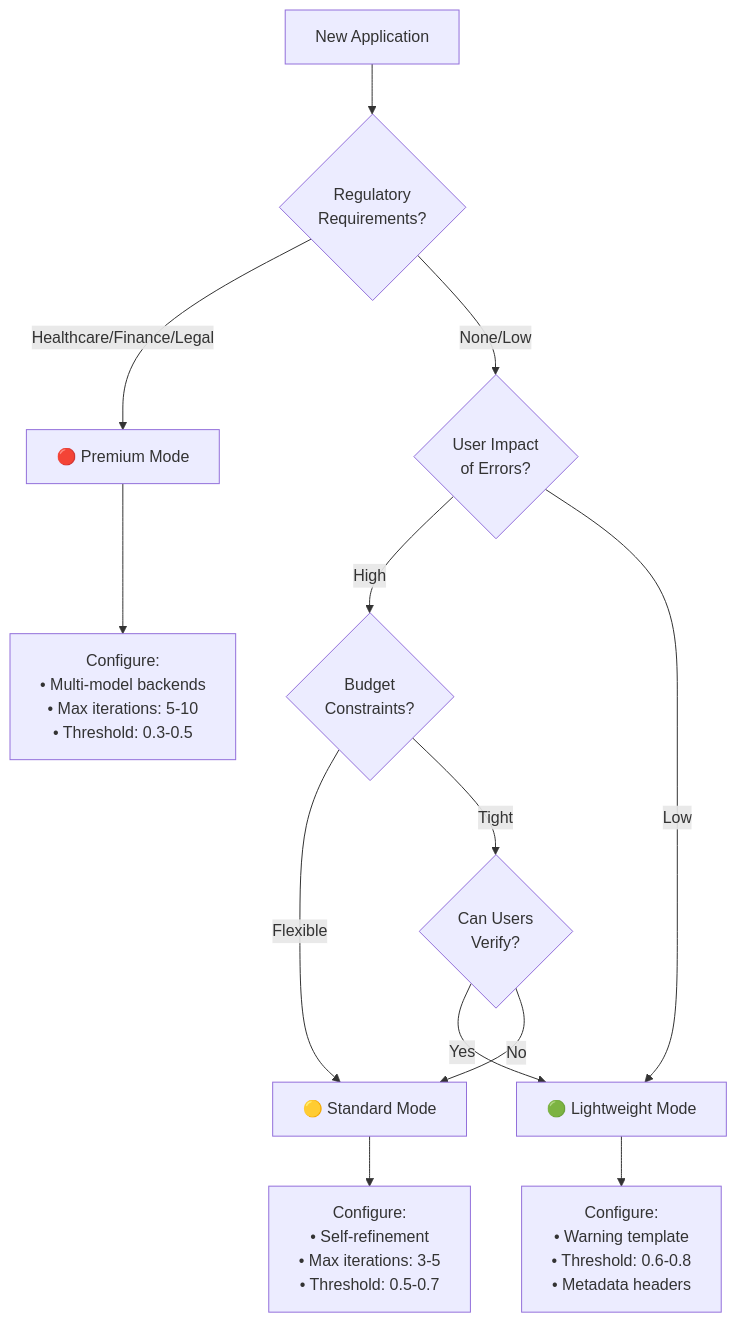
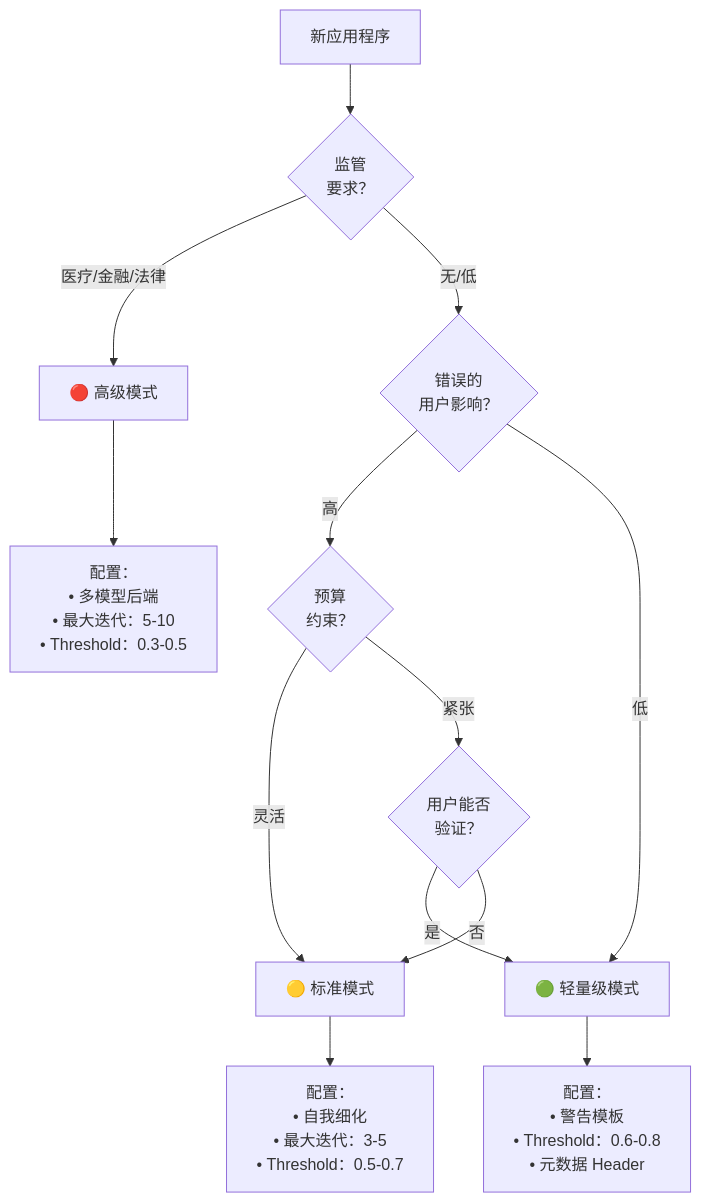
The sixth of 7 diagrams in website/i18n/zh-Hans/docusaurus-plugin-content-docs/version-v0.1/proposals/hallucination-mitigation-milestone.md (vllm-project/semantic-router), drawn with Mermaid before and after one commit. The commit also changed other lines of this file and 7 other files, not shown here.

````diff
--- a/website/i18n/zh-Hans/docusaurus-plugin-content-docs/version-v0.1/proposals/hallucination-mitigation-milestone.md
+++ b/website/i18n/zh-Hans/docusaurus-plugin-content-docs/version-v0.1/proposals/hallucination-mitigation-milestone.md
@@ -1057,22 +573,22 @@
 ```mermaid
 flowchart TD
-    START[New Application] --> Q1{Regulatory<br/>Requirements?}
+    START[新应用程序] --> Q1{监管<br/>要求？}
 
-    Q1 -->|Healthcare/Finance/Legal| P[🔴 Premium Mode]
-    Q1 -->|None/Low| Q2{User Impact<br/>of Errors?}
+    Q1 -->|医疗/金融/法律| P[🔴 高级模式]
+    Q1 -->|无/低| Q2{错误的<br/>用户影响？}
 
-    Q2 -->|High| Q3{Budget<br/>Constraints?}
-    Q2 -->|Low| L[🟢 Lightweight Mode]
+    Q2 -->|高| Q3{预算<br/>约束？}
+    Q2 -->|低| L[🟢 轻量级模式]
 
-    Q3 -->|Flexible| S[🟡 Standard Mode]
-    Q3 -->|Tight| Q4{Can Users<br/>Verify?}
+    Q3 -->|灵活| S[🟡 标准模式]
+    Q3 -->|紧张| Q4{用户能否<br/>验证？}
 
-    Q4 -->|Yes| L
-    Q4 -->|No| S
+    Q4 -->|是| L
+    Q4 -->|否| S
 
-    P --> CONFIG_P[Configure:<br/>• Multi-model backends<br/>• Max iterations: 5-10<br/>• Threshold: 0.3-0.5]
+    P --> CONFIG_P[配置：<br/>• 多模型后端<br/>• 最大迭代：5-10<br/>• Threshold：0.3-0.5]
 
-    S --> CONFIG_S[Configure:<br/>• Self-refinement<br/>• Max iterations: 3-5<br/>• Threshold: 0.5-0.7]
+    S --> CONFIG_S[配置：<br/>• 自我细化<br/>• 最大迭代：3-5<br/>• Threshold：0.5-0.7]
 
-    L --> CONFIG_L[Configure:<br/>• Warning template<br/>• Threshold: 0.6-0.8<br/>• Metadata headers]
+    L --> CONFIG_L[配置：<br/>• 警告模板<br/>• Threshold：0.6-0.8<br/>• 元数据 Header]
 ```
````
